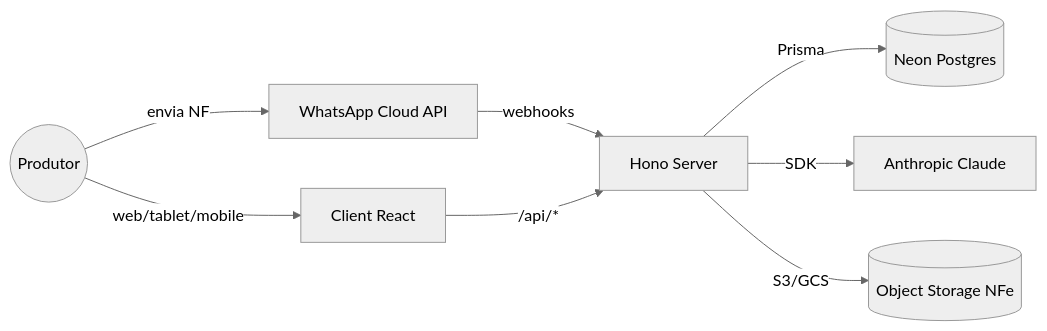
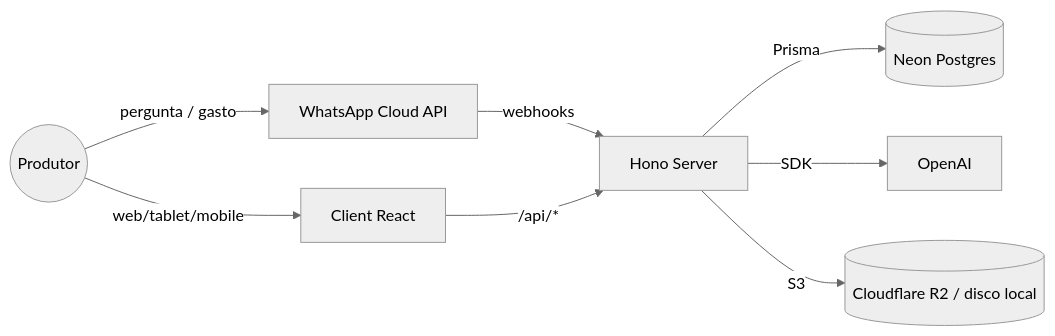
Before and after one commit to somosvira/fazendinha: the diagram in README.md, drawn with Mermaid (neutral theme). The commit also changed other lines of this file and 4 other files, not shown here.

First line of the commit message:
docs: alinhar CLAUDE.md, ARCHITECTURE, DEPLOY, README e render.yaml à codebase atual

````diff
--- a/README.md
+++ b/README.md
@@ -85,10 +105,10 @@
 ```mermaid
 flowchart LR
   P((Produtor)) -->|web/tablet/mobile| C[Client React]
   W[WhatsApp Cloud API] -->|webhooks| S
   C -->|/api/*| S[Hono Server]
   S -->|Prisma| DB[(Neon Postgres)]
-  S -->|SDK| AI[Anthropic Claude]
-  S -->|S3/GCS| OBJ[(Object Storage NFe)]
-  P -->|envia NF| W
+  S -->|SDK| AI[OpenAI]
+  S -->|S3| OBJ[(Cloudflare R2 / disco local)]
+  P -->|pergunta / gasto| W
 ```
````
